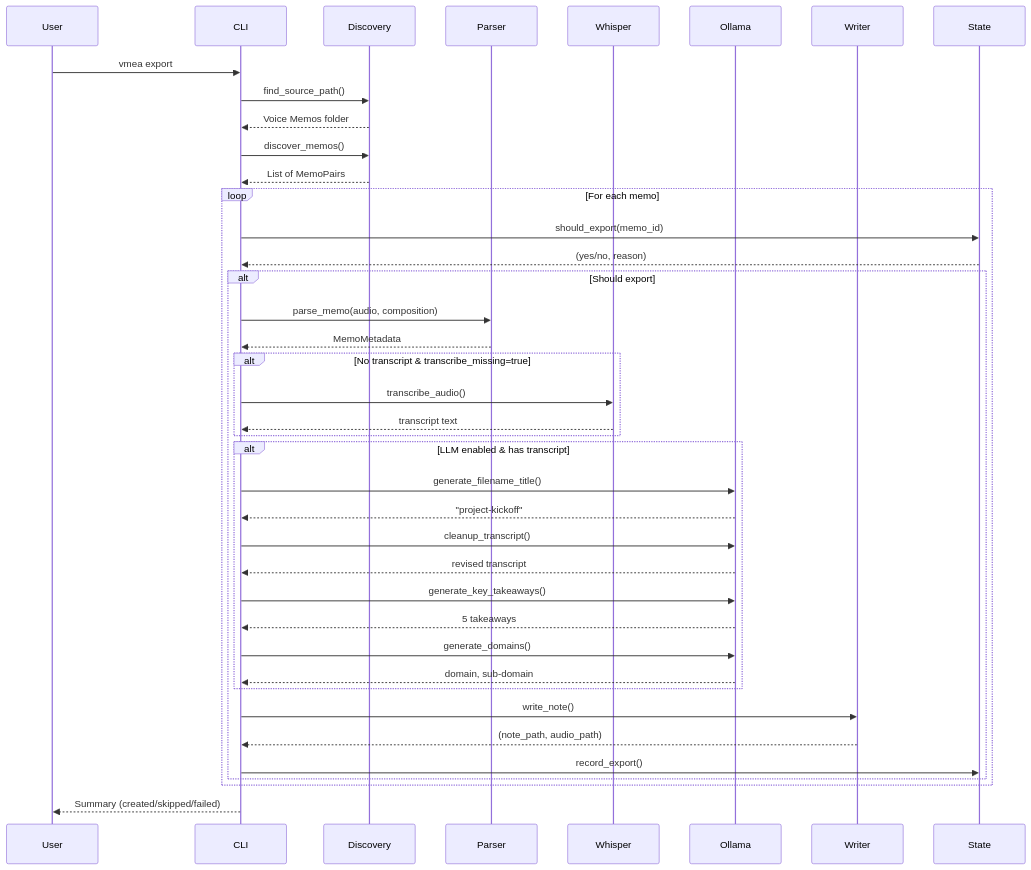
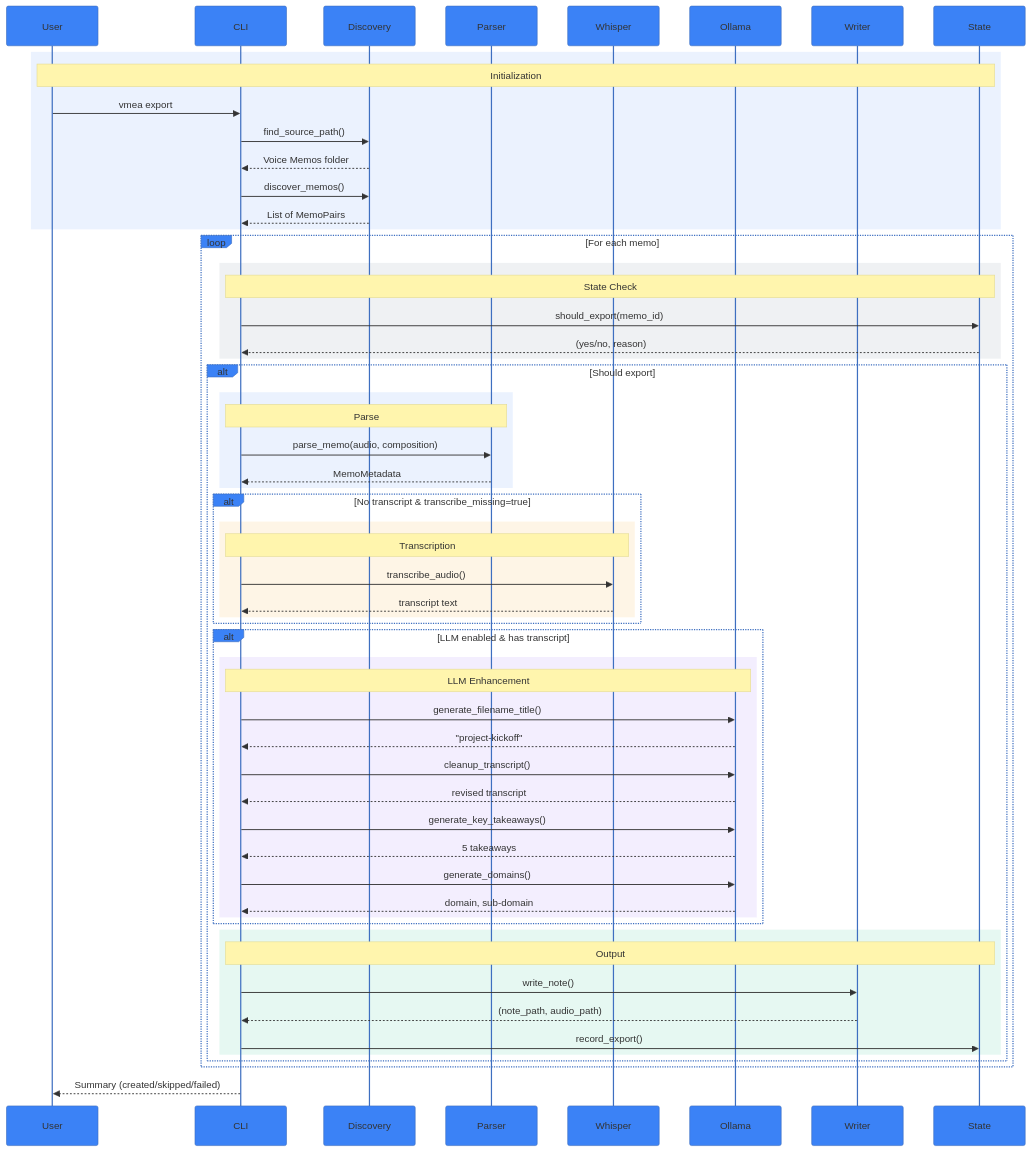
The first of 5 diagrams in README.md (klappe-pm/vmea), drawn with Mermaid before and after one commit. The commit also changed other lines of this file, not shown here.

First line of the commit message:
docs: Add summary, move diagrams to bottom, apply consistent color scheme

````diff
--- a/README.md
+++ b/README.md
@@ -23,49 +317,68 @@
 ```mermaid
+%%{init: {'theme': 'base', 'themeVariables': { 'primaryColor': '#3b82f6', 'secondaryColor': '#f59e0b', 'tertiaryColor': '#8b5cf6'}}}%%
 sequenceDiagram
     participant User
     participant CLI
     participant Discovery
     participant Parser
     participant Whisper
     participant Ollama
     participant Writer
     participant State
 
-    User->>CLI: vmea export
-    CLI->>Discovery: find_source_path()
-    Discovery-->>CLI: Voice Memos folder
-    CLI->>Discovery: discover_memos()
-    Discovery-->>CLI: List of MemoPairs
+    rect rgb(59, 130, 246, 0.1)
+        Note over User,State: Initialization
+        User->>CLI: vmea export
+        CLI->>Discovery: find_source_path()
+        Discovery-->>CLI: Voice Memos folder
+        CLI->>Discovery: discover_memos()
+        Discovery-->>CLI: List of MemoPairs
+    end
     
     loop For each memo
-        CLI->>State: should_export(memo_id)
-        State-->>CLI: (yes/no, reason)
+        rect rgb(100, 116, 139, 0.1)
+            Note over CLI,State: State Check
+            CLI->>State: should_export(memo_id)
+            State-->>CLI: (yes/no, reason)
+        end
         
         alt Should export
-            CLI->>Parser: parse_memo(audio, composition)
-            Parser-->>CLI: MemoMetadata
+            rect rgb(59, 130, 246, 0.1)
+                Note over CLI,Parser: Parse
+                CLI->>Parser: parse_memo(audio, composition)
+                Parser-->>CLI: MemoMetadata
+            end
             
             alt No transcript & transcribe_missing=true
-                CLI->>Whisper: transcribe_audio()
-                Whisper-->>CLI: transcript text
+                rect rgb(245, 158, 11, 0.1)
+                    Note over CLI,Whisper: Transcription
+                    CLI->>Whisper: transcribe_audio()
+                    Whisper-->>CLI: transcript text
+                end
             end
             
             alt LLM enabled & has transcript
-                CLI->>Ollama: generate_filename_title()
-                Ollama-->>CLI: "project-kickoff"
-                CLI->>Ollama: cleanup_transcript()
-                Ollama-->>CLI: revised transcript
-                CLI->>Ollama: generate_key_takeaways()
-                Ollama-->>CLI: 5 takeaways
-                CLI->>Ollama: generate_domains()
-                Ollama-->>CLI: domain, sub-domain
+                rect rgb(139, 92, 246, 0.1)
+                    Note over CLI,Ollama: LLM Enhancement
+                    CLI->>Ollama: generate_filename_title()
+                    Ollama-->>CLI: "project-kickoff"
+                    CLI->>Ollama: cleanup_transcript()
+                    Ollama-->>CLI: revised transcript
+                    CLI->>Ollama: generate_key_takeaways()
+                    Ollama-->>CLI: 5 takeaways
+                    CLI->>Ollama: generate_domains()
+                    Ollama-->>CLI: domain, sub-domain
+                end
             end
             
-            CLI->>Writer: write_note()
-            Writer-->>CLI: (note_path, audio_path)
-            CLI->>State: record_export()
+            rect rgb(16, 185, 129, 0.1)
+                Note over CLI,State: Output
+                CLI->>Writer: write_note()
+                Writer-->>CLI: (note_path, audio_path)
+                CLI->>State: record_export()
+            end
         end
     end
     
     CLI-->>User: Summary (created/skipped/failed)
 ```
````
